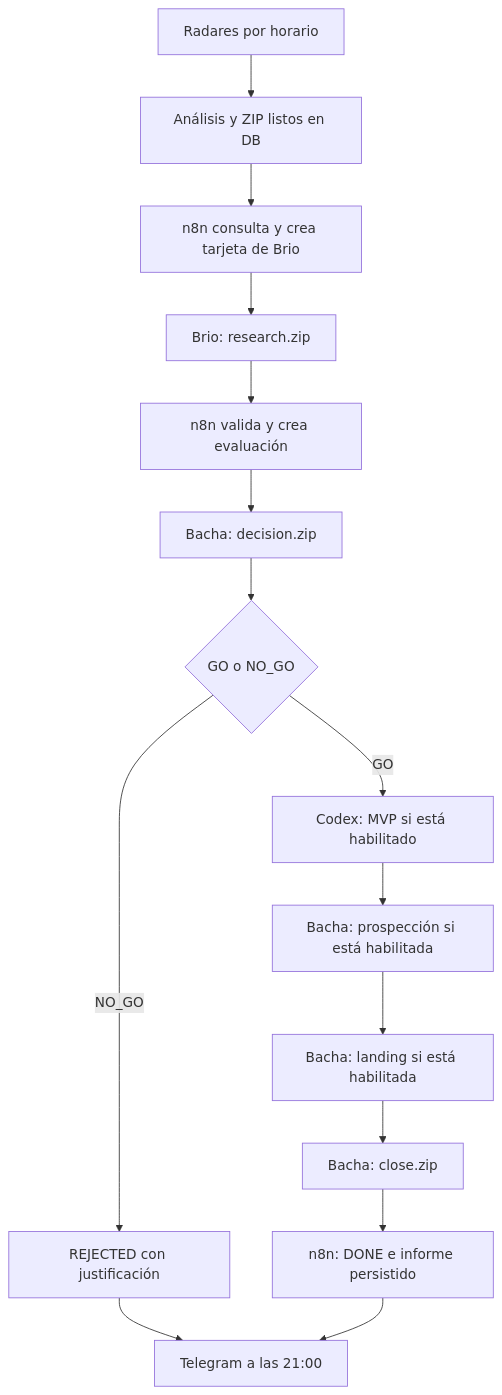
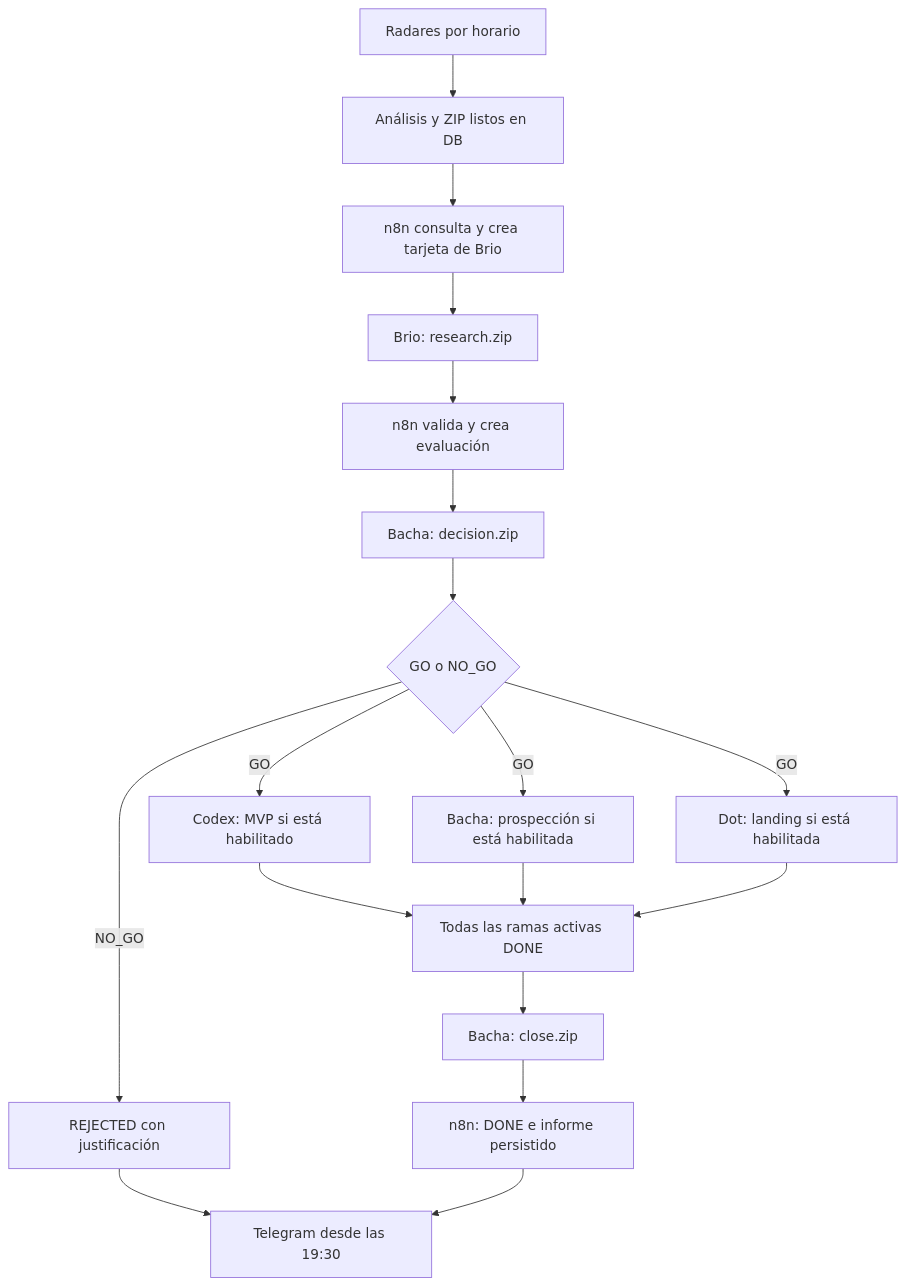
The diagram in docs/kanban-operation/sequential/README.md (sesalin/agent-kanban), drawn with Mermaid before and after one commit. The commit also changed other lines of this file and 23 other files, not shown here.

Commit message:
Enable Dot landing bridge and parallel factory builders

````diff
--- a/docs/kanban-operation/sequential/README.md
+++ b/docs/kanban-operation/sequential/README.md
@@ -21,17 +21,20 @@
 ```mermaid
 flowchart TD
     A[Radares por horario] --> B[Análisis y ZIP listos en DB]
     B --> C[n8n consulta y crea tarjeta de Brio]
     C --> D[Brio: research.zip]
     D --> E[n8n valida y crea evaluación]
     E --> F[Bacha: decision.zip]
     F --> G{GO o NO_GO}
     G -->|NO_GO| H[REJECTED con justificación]
     G -->|GO| I[Codex: MVP si está habilitado]
-    I --> J[Bacha: prospección si está habilitada]
-    J --> K[Bacha: landing si está habilitada]
-    K --> L[Bacha: close.zip]
+    G -->|GO| J[Bacha: prospección si está habilitada]
+    G -->|GO| K[Dot: landing si está habilitada]
+    I --> Z[Todas las ramas activas DONE]
+    J --> Z
+    K --> Z
+    Z --> L[Bacha: close.zip]
     L --> M[n8n: DONE e informe persistido]
-    H --> N[Telegram a las 21:00]
+    H --> N[Telegram desde las 19:30]
     M --> N
 ```
````
